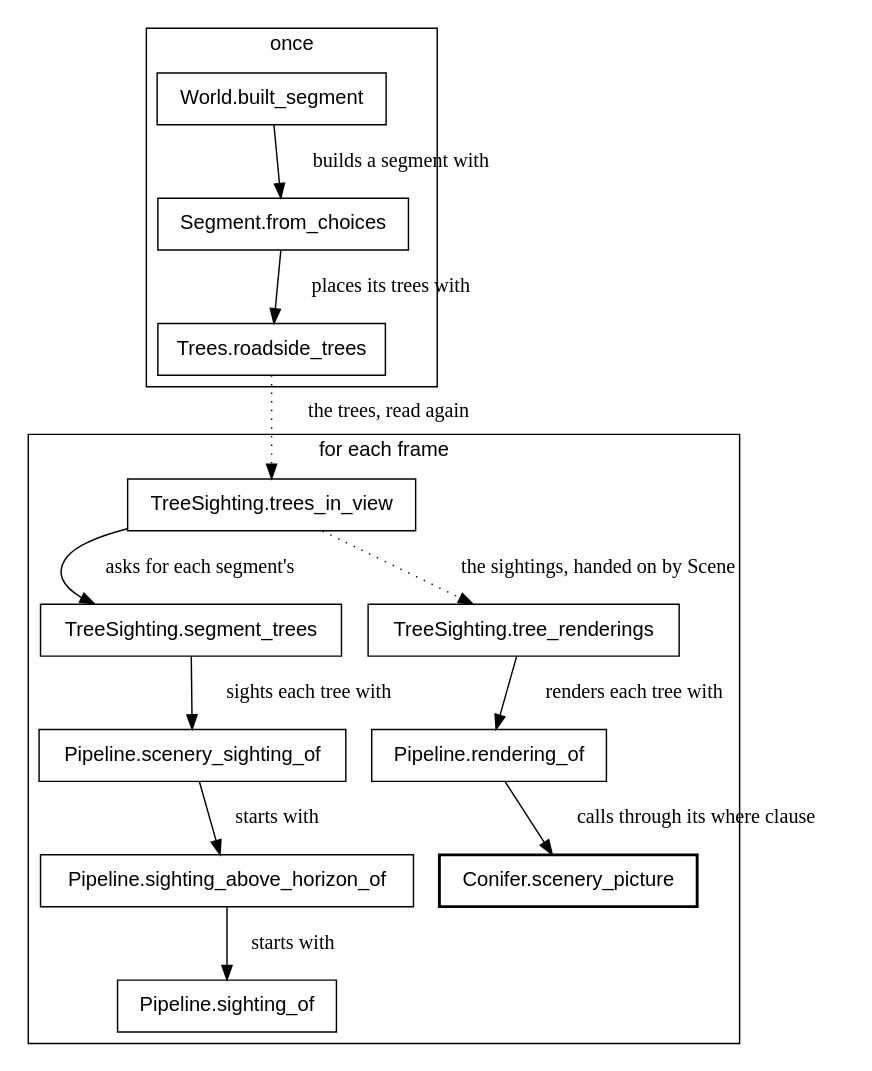
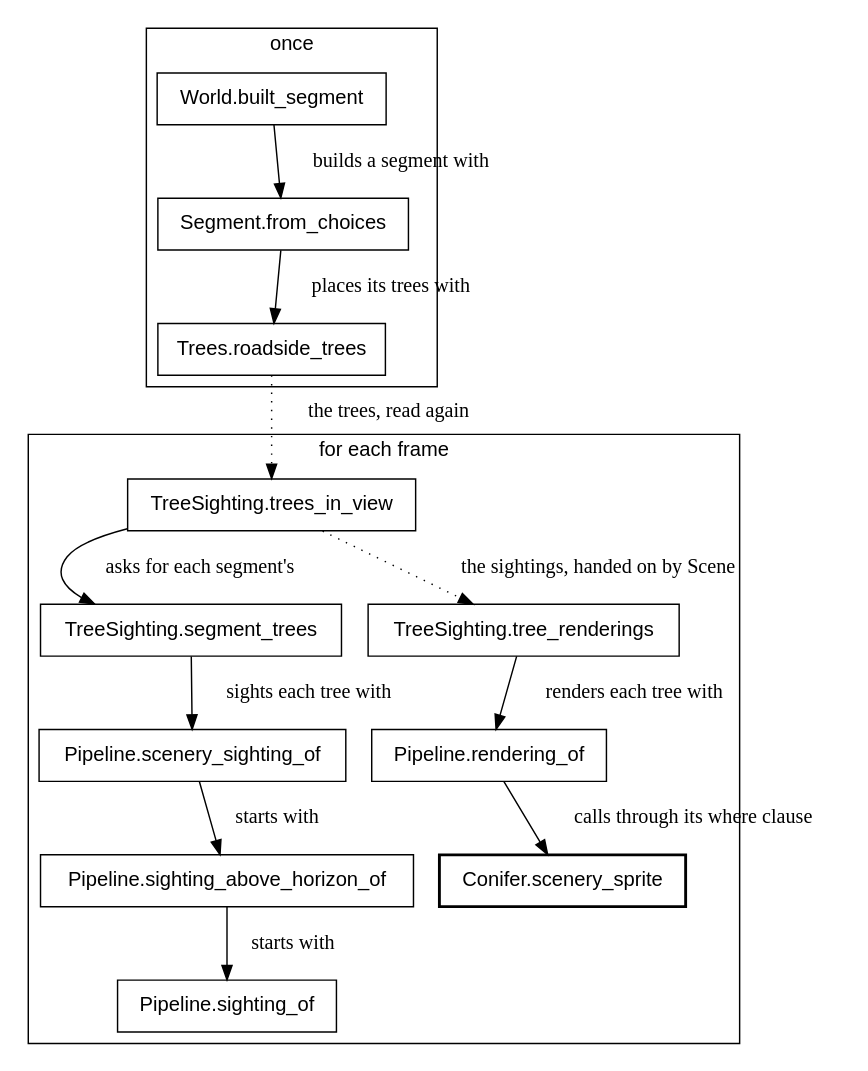
The eighth of 29 diagrams in canvas_apps/safari/tutorial/tutorial.md (showell/roc-apps), drawn with Graphviz before and after one commit. The commit also changed other lines of this file and 27 other files, not shown here.

First line of the commit message:
Safari: rename Picture to Sprite

````diff
--- a/canvas_apps/safari/tutorial/tutorial.md
+++ b/canvas_apps/safari/tutorial/tutorial.md
@@ -714,23 +714,23 @@
 ```dot
 digraph roadside {
   node [shape=box, fontname="Helvetica"];
   fontname="Helvetica";
   subgraph cluster_once {
     label="once";
     "World.built_segment" -> "Segment.from_choices" [label="  builds a segment with"];
     "Segment.from_choices" -> "Trees.roadside_trees" [label="  places its trees with"];
   }
   subgraph cluster_frame {
     label="for each frame";
     "TreeSighting.trees_in_view" -> "TreeSighting.segment_trees" [label="  asks for each segment's"];
     "TreeSighting.segment_trees" -> "Pipeline.scenery_sighting_of" [label="  sights each tree with"];
     "Pipeline.scenery_sighting_of" -> "Pipeline.sighting_above_horizon_of" [label="  starts with"];
     "Pipeline.sighting_above_horizon_of" -> "Pipeline.sighting_of" [label="  starts with"];
     "TreeSighting.tree_renderings" -> "Pipeline.rendering_of" [label="  renders each tree with"];
-    "Pipeline.rendering_of" -> "Conifer.scenery_picture" [label="  calls through its where clause"];
+    "Pipeline.rendering_of" -> "Conifer.scenery_sprite" [label="  calls through its where clause"];
   }
   "Trees.roadside_trees" -> "TreeSighting.trees_in_view" [style=dotted, label="  the trees, read again"];
   "TreeSighting.trees_in_view" -> "TreeSighting.tree_renderings" [style=dotted, label="  the sightings, handed on by Scene"];
-  "Conifer.scenery_picture" [style=bold];
+  "Conifer.scenery_sprite" [style=bold];
 }
 ```
````
